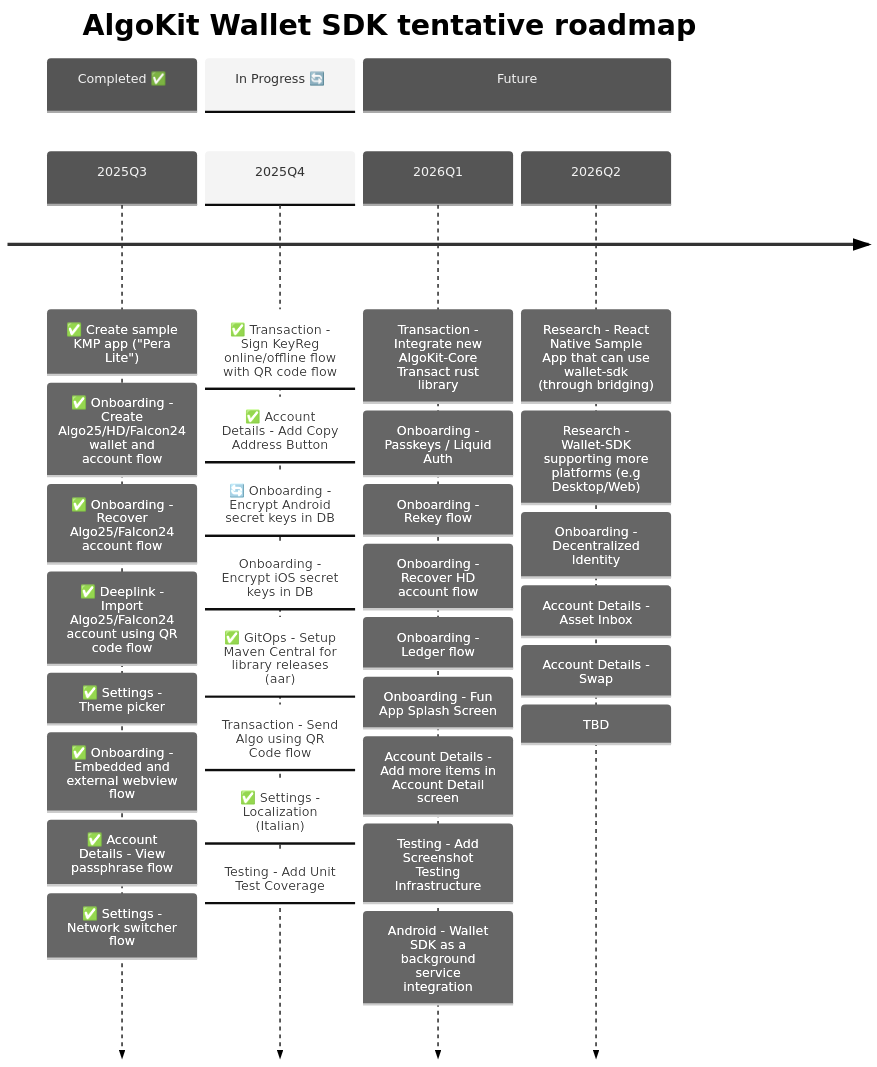
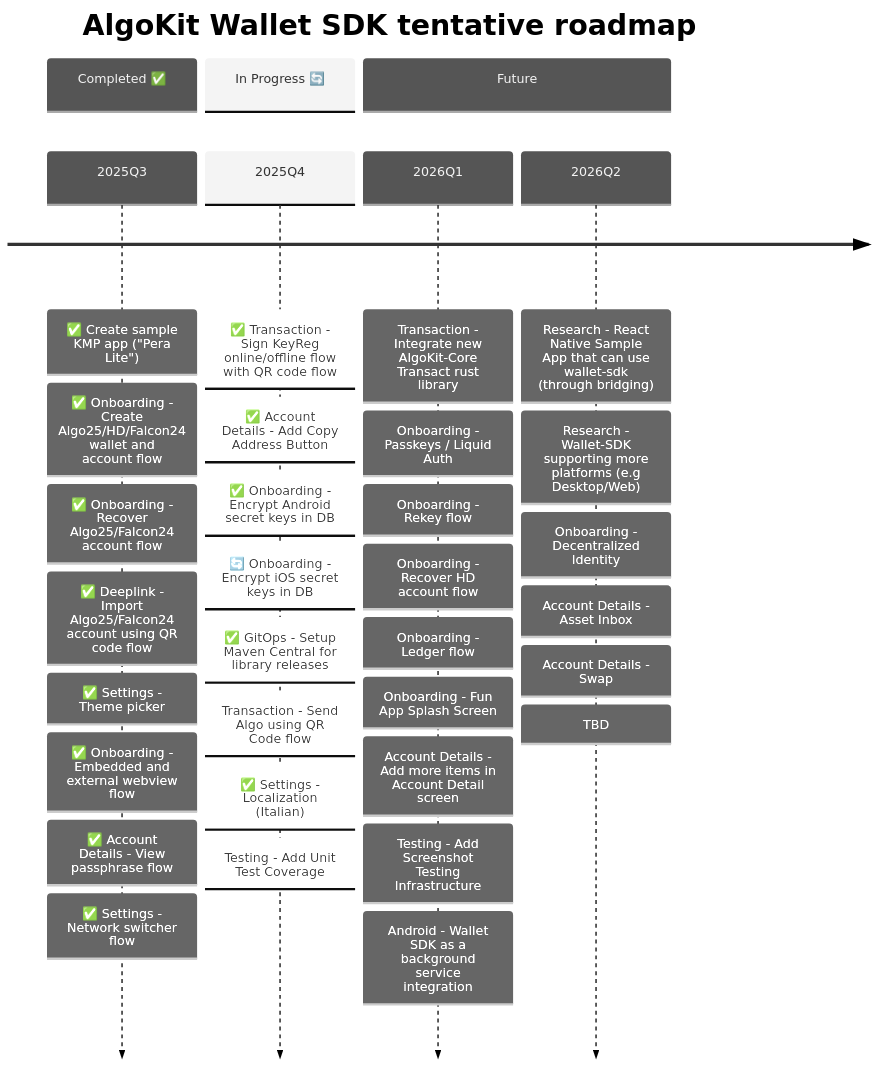
The second of 3 diagrams in README.md (michaeltchuang/algokit-walletsdk-kmp), drawn with Mermaid before and after one commit. The commit also changed 53 other files, not shown here.

````diff
--- a/README.md
+++ b/README.md
@@ -49,45 +49,45 @@
 ```mermaid
 ---
 config:
   theme: 'neutral'
 ---
 timeline
     title AlgoKit Wallet SDK tentative roadmap
 
     section Completed ✅
     2025Q3  : ✅ Create sample KMP app ("Pera Lite")
             : ✅ Onboarding - Create Algo25/HD/Falcon24 wallet and account flow
             : ✅ Onboarding - Recover Algo25/Falcon24 account flow
             : ✅ Deeplink - Import Algo25/Falcon24 account using QR code flow
             : ✅ Settings - Theme picker
             : ✅ Onboarding - Embedded and external webview flow
             : ✅ Account Details - View passphrase flow
             : ✅ Settings - Network switcher flow
 
     section In Progress 🔄
     2025Q4  : ✅ Transaction - Sign KeyReg online/offline flow with QR code flow
             : ✅ Account Details - Add Copy Address Button
-            : 🔄 Onboarding - Encrypt Android secret keys in DB
-            : Onboarding - Encrypt iOS secret keys in DB
-            : ✅ GitOps - Setup Maven Central for library releases (aar)
+            : ✅ Onboarding - Encrypt Android secret keys in DB
+            : 🔄 Onboarding - Encrypt iOS secret keys in DB
+            : ✅ GitOps - Setup Maven Central for library releases
             : Transaction - Send Algo using QR Code flow
             : ✅ Settings - Localization (Italian)
             : Testing - Add Unit Test Coverage
 
     section Future
     2026Q1  : Transaction - Integrate new AlgoKit-Core Transact rust library
             : Onboarding - Passkeys / Liquid Auth
             : Onboarding - Rekey flow
             : Onboarding - Recover HD account flow
             : Onboarding - Ledger flow
             : Onboarding - Fun App Splash Screen
             : Account Details - Add more items in Account Detail screen
             : Testing - Add Screenshot Testing Infrastructure
             : Android - Wallet SDK as a background service integration
     2026Q2  : Research - React Native Sample App that can use wallet-sdk (through bridging)
             : Research - Wallet-SDK supporting more platforms (e.g Desktop/Web)
             : Onboarding - Decentralized Identity
             : Account Details - Asset Inbox
             : Account Details - Swap
             : TBD
 ```
````
